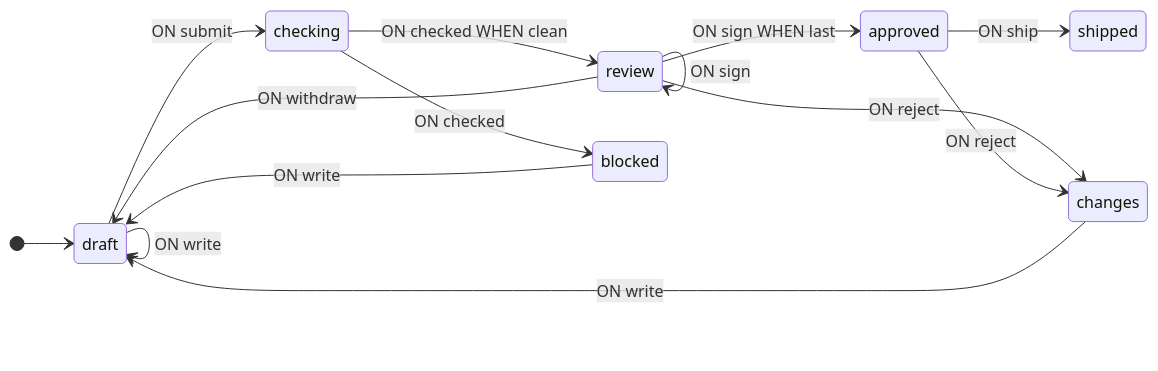
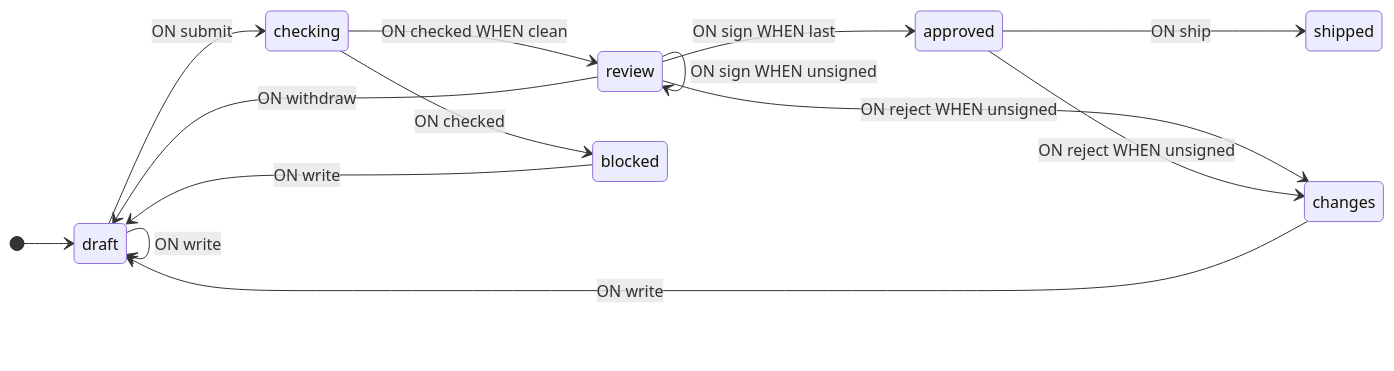
Before and after one commit to evgkch/fsmjs-examples: the second of 3 diagrams in review/README.md, drawn with Mermaid. The commit also changed other lines of this file and 30 other files, not shown here.

````diff
--- a/review/README.md
+++ b/review/README.md
@@ -311,18 +321,17 @@
 ```mermaid
 stateDiagram-v2
     direction LR
     [*] --> draft
     draft --> draft: ON write
     draft --> checking: ON submit
     checking --> review: ON checked WHEN clean
     checking --> blocked: ON checked
     blocked --> draft: ON write
     review --> approved: ON sign WHEN last
-    review --> review: ON sign WHEN already
-    review --> review: ON sign
-    review --> changes: ON reject
+    review --> review: ON sign WHEN unsigned
+    review --> changes: ON reject WHEN unsigned
     review --> draft: ON withdraw
     changes --> draft: ON write
     approved --> shipped: ON ship
-    approved --> changes: ON reject
+    approved --> changes: ON reject WHEN unsigned
 ```
````
